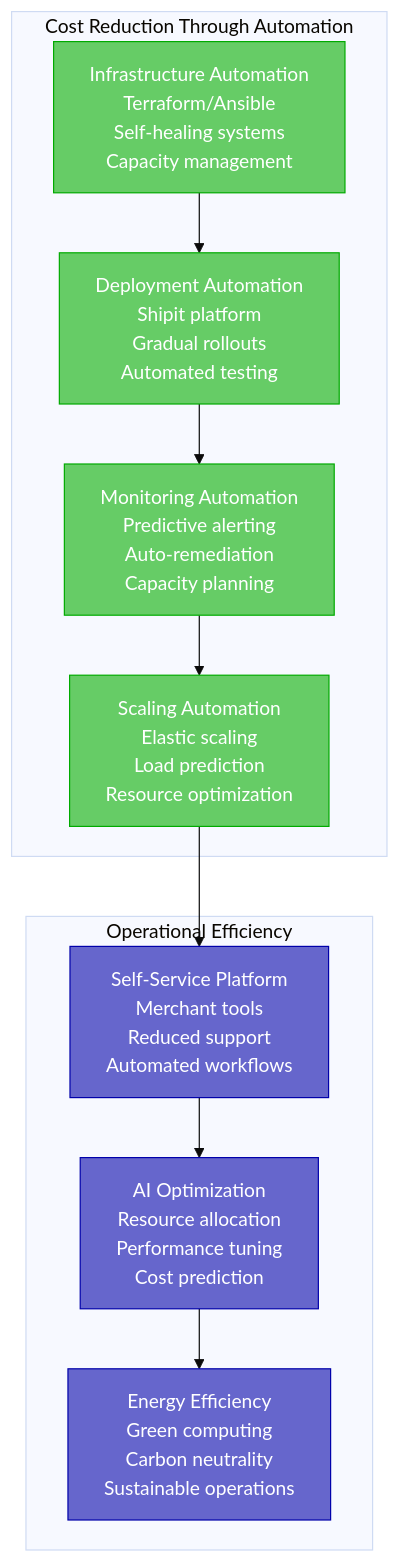
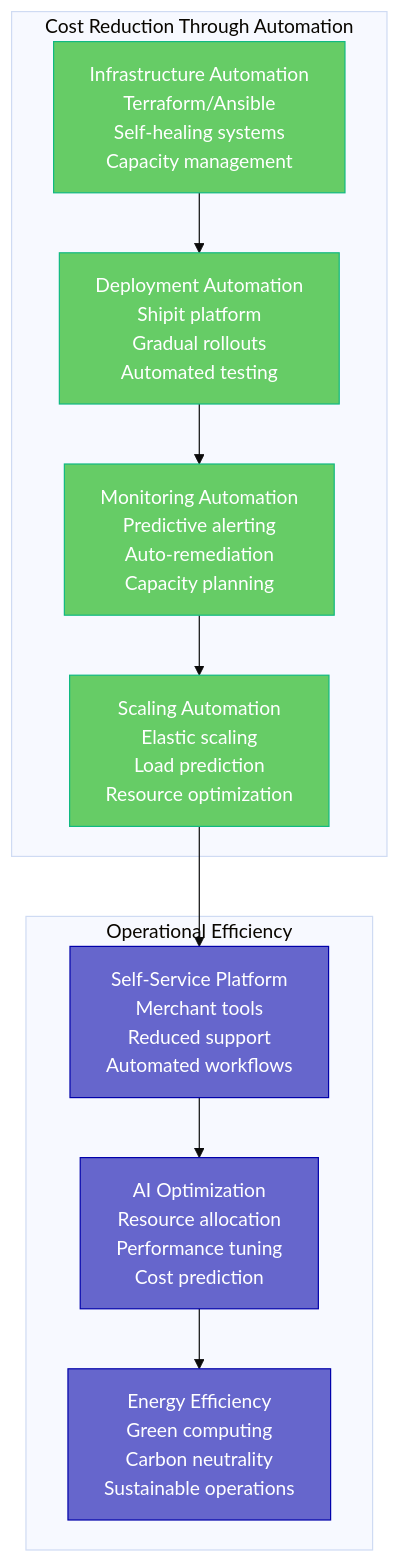
The seventh of 9 diagrams in site/docs/systems/shopify/cost-breakdown.md (deepaucksharma/DS), drawn with Mermaid (base theme) before and after one commit. The commit also changed other lines of this file and 303 other files, not shown here.

````diff
--- a/site/docs/systems/shopify/cost-breakdown.md
+++ b/site/docs/systems/shopify/cost-breakdown.md
@@ -347,37 +347,37 @@
 ```mermaid
 graph TB
     subgraph "Cost Reduction Through Automation"
         INFRASTRUCTURE_AUTOMATION[Infrastructure Automation<br/>Terraform/Ansible<br/>Self-healing systems<br/>Capacity management]
 
         DEPLOYMENT_AUTOMATION[Deployment Automation<br/>Shipit platform<br/>Gradual rollouts<br/>Automated testing]
 
         MONITORING_AUTOMATION[Monitoring Automation<br/>Predictive alerting<br/>Auto-remediation<br/>Capacity planning]
 
         SCALING_AUTOMATION[Scaling Automation<br/>Elastic scaling<br/>Load prediction<br/>Resource optimization]
     end
 
     subgraph "Operational Efficiency"
         SELF_SERVICE[Self-Service Platform<br/>Merchant tools<br/>Reduced support<br/>Automated workflows]
 
         AI_OPTIMIZATION[AI Optimization<br/>Resource allocation<br/>Performance tuning<br/>Cost prediction]
 
         ENERGY_EFFICIENCY[Energy Efficiency<br/>Green computing<br/>Carbon neutrality<br/>Sustainable operations]
     end
 
     %% Automation relationships
     INFRASTRUCTURE_AUTOMATION --> DEPLOYMENT_AUTOMATION
     DEPLOYMENT_AUTOMATION --> MONITORING_AUTOMATION
     MONITORING_AUTOMATION --> SCALING_AUTOMATION
 
     %% Efficiency connections
     SCALING_AUTOMATION --> SELF_SERVICE
     SELF_SERVICE --> AI_OPTIMIZATION
     AI_OPTIMIZATION --> ENERGY_EFFICIENCY
 
     %% Apply automation colors
-    classDef automationStyle fill:#66CC66,stroke:#00AA00,color:#fff
+    classDef automationStyle fill:#66CC66,stroke:#10B981,color:#fff
     classDef efficiencyStyle fill:#6666CC,stroke:#0000AA,color:#fff
 
     class INFRASTRUCTURE_AUTOMATION,DEPLOYMENT_AUTOMATION,MONITORING_AUTOMATION,SCALING_AUTOMATION automationStyle
     class SELF_SERVICE,AI_OPTIMIZATION,ENERGY_EFFICIENCY efficiencyStyle
 ```
````
